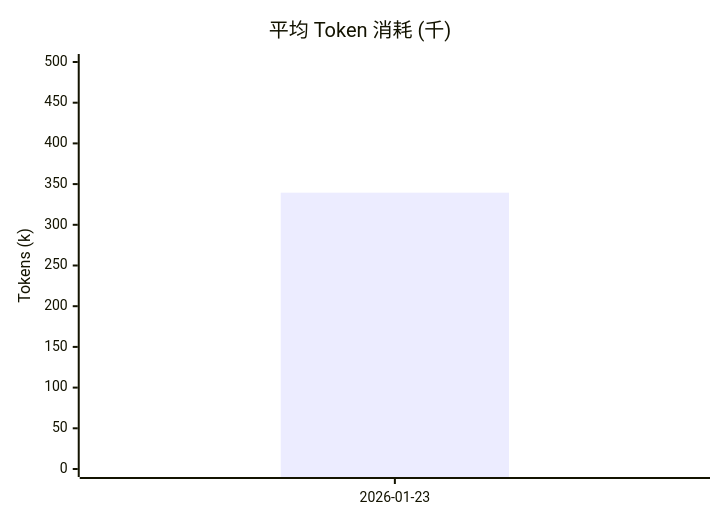
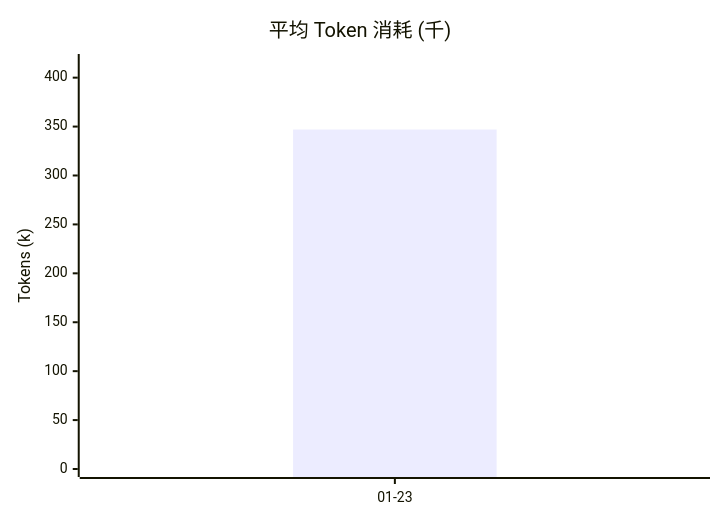
The sixth of 6 diagrams in evaluation/README.md (gongxh13/rca-agent), drawn with Mermaid before and after one commit. The commit also changed other lines of this file and 23 other files, not shown here.

Commit message:
Update evaluation charts in README and clean up redundant result files

````diff
--- a/evaluation/README.md
+++ b/evaluation/README.md
@@ -65,7 +114,7 @@
 ```mermaid
 xychart-beta
     title "平均 Token 消耗 (千)"
-    x-axis ["2026-01-23"]
-    y-axis "Tokens (k)" 0 --> 500
-    bar [339.49]
+    x-axis ["01-23"]
+    y-axis "Tokens (k)" 0 --> 416
+    bar [347]
 ```
````
